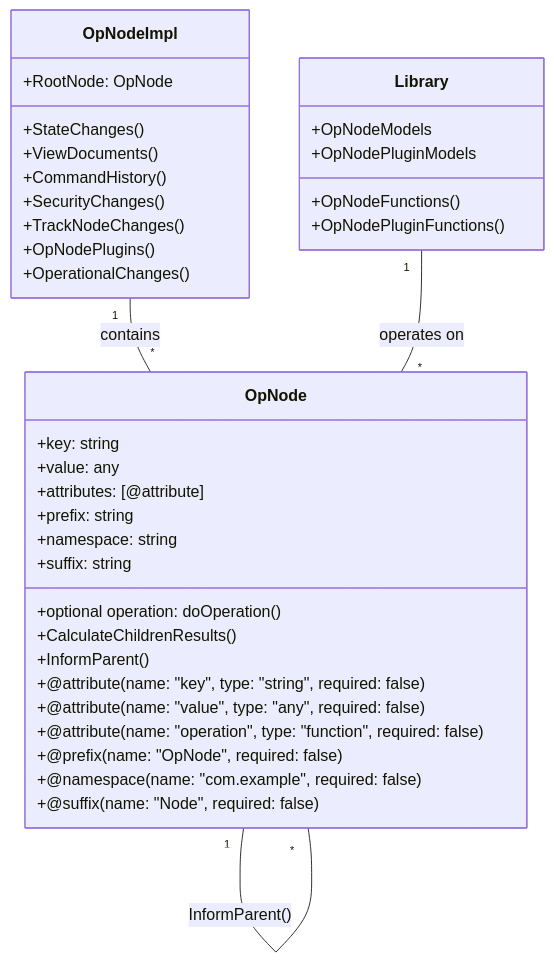
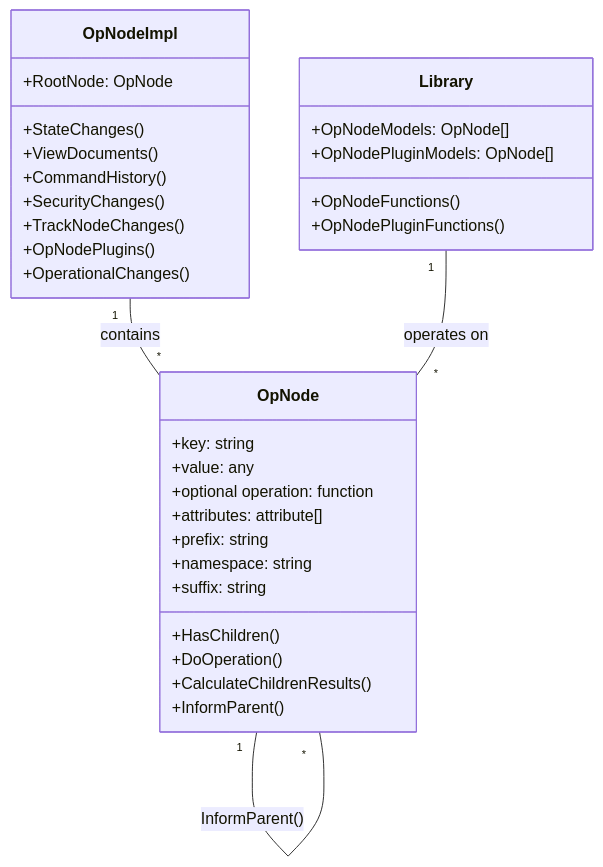
Before and after one commit to UserLevelUp/OpNode: the diagram in README.md, drawn with Mermaid.

````diff
--- a/README.md
+++ b/README.md
@@ -9,42 +9,38 @@
 ```mermaid
 classDiagram
     class OpNodeImpl{
         +RootNode: OpNode
         +StateChanges()
         +ViewDocuments()
         +CommandHistory()
         +SecurityChanges()
         +TrackNodeChanges()
         +OpNodePlugins()
         +OperationalChanges()
     }
     class OpNode{
         +key: string
         +value: any
-        +optional operation: doOperation()
-        +CalculateChildrenResults()
-        +InformParent()
-        +@attribute(name: "key", type: "string", required: false)
-        +@attribute(name: "value", type: "any", required: false)
-        +@attribute(name: "operation", type: "function", required: false)
-        +@prefix(name: "OpNode", required: false)
-        +@namespace(name: "com.example", required: false)
-        +@suffix(name: "Node", required: false)
-        +attributes: [@attribute]
+        +optional operation: function
+            +HasChildren()
+            +DoOperation()
+            +CalculateChildrenResults()
+            +InformParent()
+        +attributes: attribute[]
         +prefix: string
         +namespace: string
         +suffix: string
     }
     class Library{
-        +OpNodeModels
+        +OpNodeModels: OpNode[]
         +OpNodeFunctions()
-        +OpNodePluginModels
+        +OpNodePluginModels: OpNode[]
         +OpNodePluginFunctions()
     }
     OpNodeImpl "1" -- "*" OpNode: contains
     Library "1" -- "*" OpNode: operates on
     OpNode "1" -- "*" OpNode: has children
     OpNode "1" -- "*" OpNode: doOperation()
     OpNode "1" -- "*" OpNode: CalculateChildrenResults()
     OpNode "1" -- "*" OpNode: InformParent()
 ```
````
